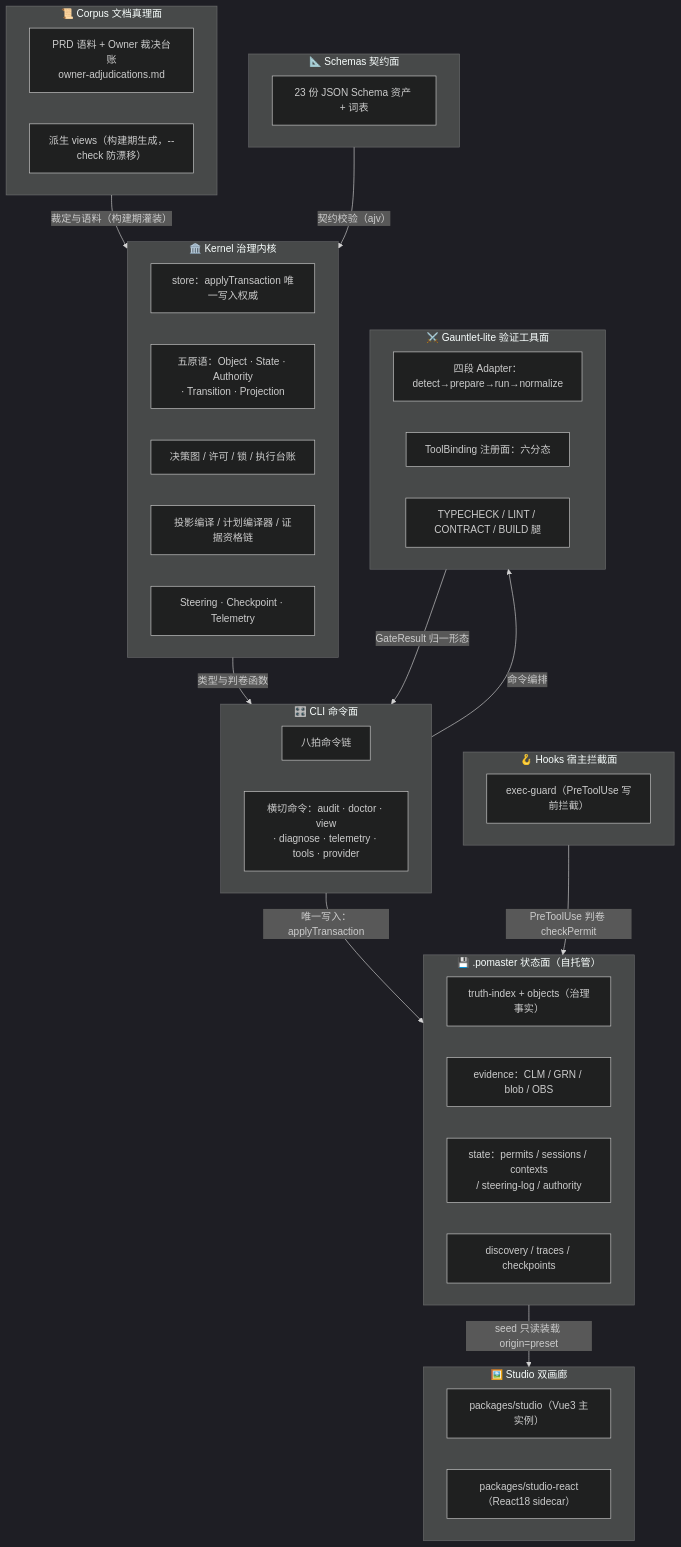
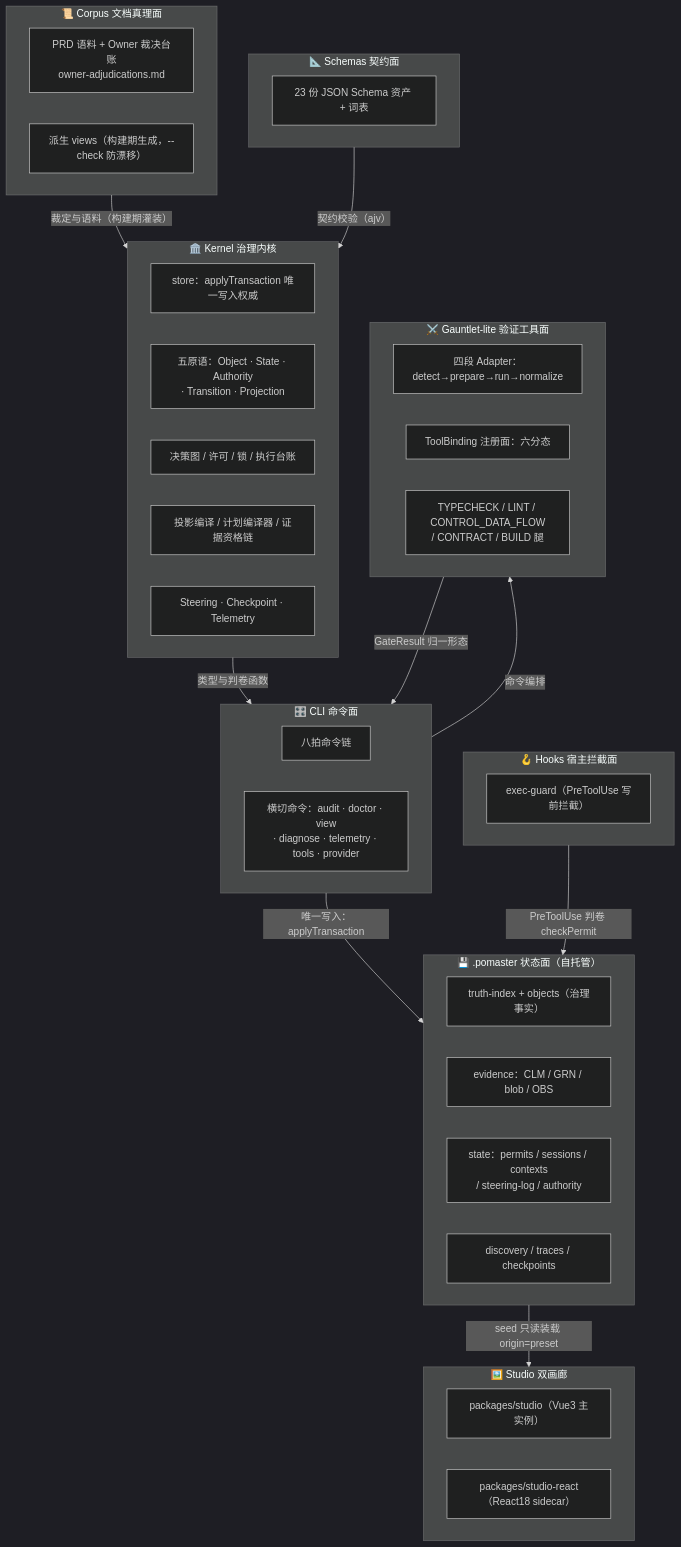
Before and after one commit to River-Singer/POMaster_VNext: the first of 6 diagrams in README.md, drawn with Mermaid (dark theme). The commit also changed other lines of this file and 19 other files, not shown here.

````diff
--- a/README.md
+++ b/README.md
@@ -72,55 +80,55 @@
 ```mermaid
 graph TB
     subgraph CORPUS["📜 Corpus 文档真理面"]
         C1["PRD 语料 + Owner 裁决台账<br/>owner-adjudications.md"]
         C2["派生 views（构建期生成，--check 防漂移）"]
     end
 
     subgraph KERNEL["🏛️ Kernel 治理内核"]
         K1["store：applyTransaction 唯一写入权威"]
         K2["五原语：Object · State · Authority<br/>· Transition · Projection"]
         K3["决策图 / 许可 / 锁 / 执行台账"]
         K4["投影编译 / 计划编译器 / 证据资格链"]
         K5["Steering · Checkpoint · Telemetry"]
     end
 
     subgraph SCHEMAS["📐 Schemas 契约面"]
         S1["23 份 JSON Schema 资产 + 词表"]
     end
 
     subgraph CLI["🎛️ CLI 命令面"]
         L1["八拍命令链"]
         L2["横切命令：audit · doctor · view<br/>· diagnose · telemetry · tools · provider"]
     end
 
     subgraph GAUNTLET["⚔️ Gauntlet-lite 验证工具面"]
         G1["四段 Adapter：detect→prepare→run→normalize"]
         G2["ToolBinding 注册面：六分态"]
-        G3["TYPECHECK / LINT / CONTRACT / BUILD 腿"]
+        G3["TYPECHECK / LINT / CONTROL_DATA_FLOW<br/>/ CONTRACT / BUILD 腿"]
     end
 
     subgraph HOOKS["🪝 Hooks 宿主拦截面"]
         H1["exec-guard（PreToolUse 写前拦截）"]
     end
 
     subgraph STUDIO["🖼️ Studio 双画廊"]
         D1["packages/studio（Vue3 主实例）"]
         D2["packages/studio-react（React18 sidecar）"]
     end
 
     subgraph STATE["💾 .pomaster 状态面（自托管）"]
         T1["truth-index + objects（治理事实）"]
         T2["evidence：CLM / GRN / blob / OBS"]
         T3["state：permits / sessions / contexts<br/>/ steering-log / authority"]
         T4["discovery / traces / checkpoints"]
     end
 
     CORPUS -->|"裁定与语料（构建期灌装）"| KERNEL
     SCHEMAS -->|"契约校验（ajv）"| KERNEL
     KERNEL -->|"类型与判卷函数"| CLI
     GAUNTLET -->|"GateResult 归一形态"| CLI
     CLI -->|"唯一写入：applyTransaction"| STATE
     HOOKS -->|"PreToolUse 判卷 checkPermit"| STATE
     CLI -->|"命令编排"| GAUNTLET
     STATE -->|"seed 只读装载 origin=preset"| STUDIO
 ```
````
